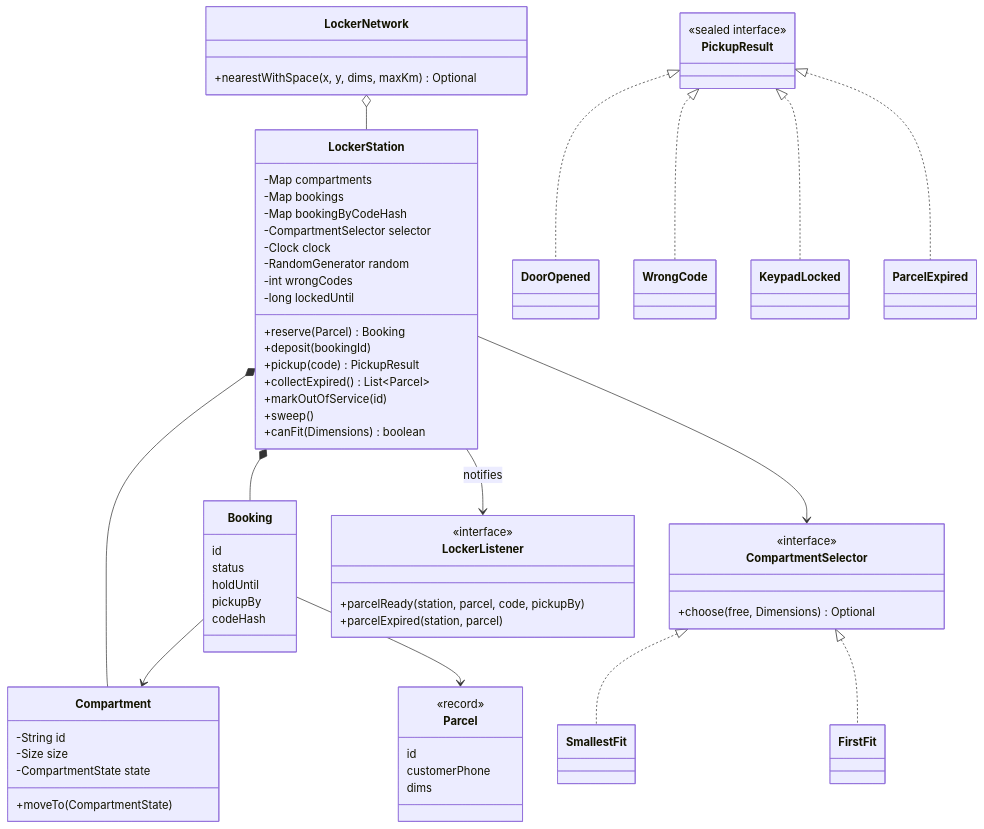
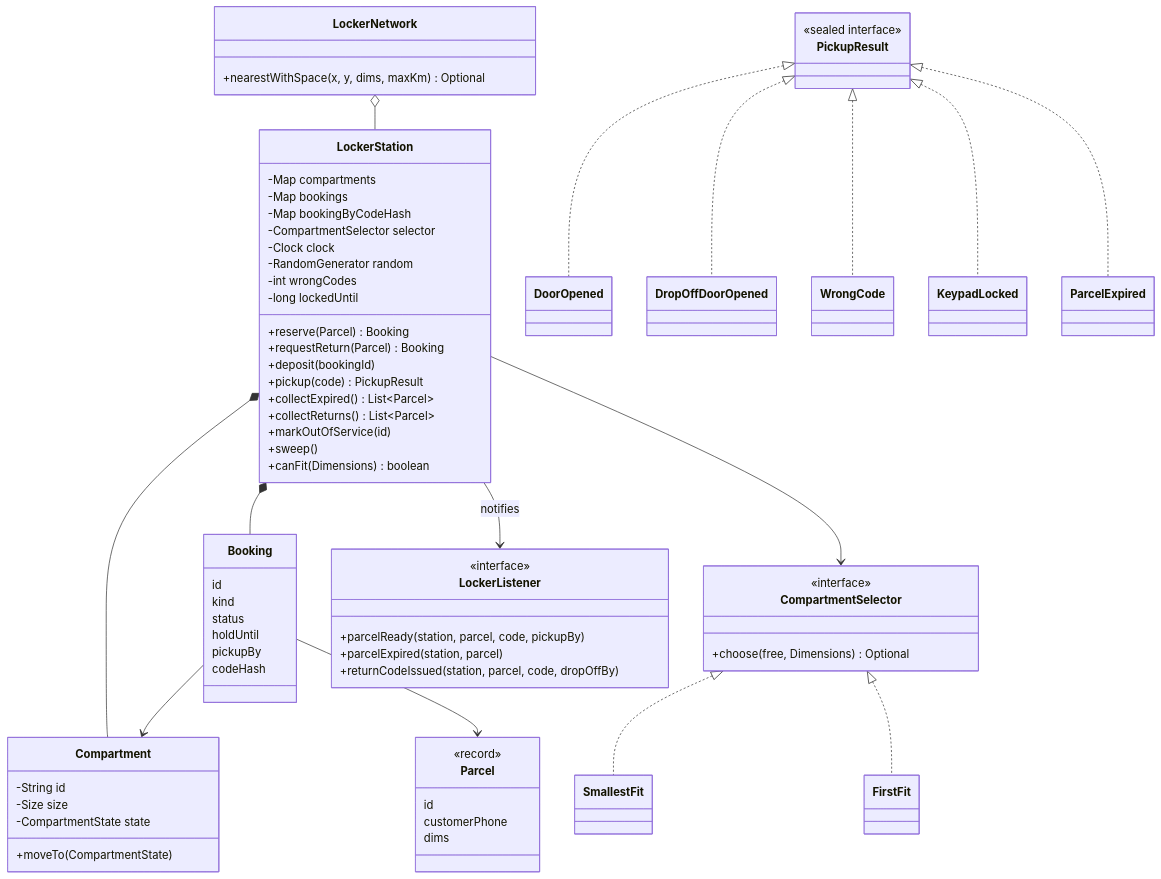
One commit to vsns11/interview_notes changed diagram 24 of 29 in lld/chapters/14-case-everyday-objects/README.md. Above: the diagram before and after it, drawn with Mermaid. The commit also changed other lines of this file and 139 other files, not shown here.

````diff
--- a/lld/chapters/14-case-everyday-objects/README.md
+++ b/lld/chapters/14-case-everyday-objects/README.md
@@ -5137,67 +3270,72 @@
 ```mermaid
 classDiagram
     class LockerStation {
         -Map compartments
         -Map bookings
         -Map bookingByCodeHash
         -CompartmentSelector selector
         -Clock clock
         -RandomGenerator random
         -int wrongCodes
         -long lockedUntil
         +reserve(Parcel) Booking
+        +requestReturn(Parcel) Booking
         +deposit(bookingId)
         +pickup(code) PickupResult
         +collectExpired() List~Parcel~
+        +collectReturns() List~Parcel~
         +markOutOfService(id)
         +sweep()
         +canFit(Dimensions) boolean
     }
     class Compartment {
         -String id
         -Size size
         -CompartmentState state
         +moveTo(CompartmentState)
     }
     class Booking {
         id
+        kind
         status
         holdUntil
         pickupBy
         codeHash
     }
     class Parcel {
         <<record>>
         id
         customerPhone
         dims
     }
     class CompartmentSelector {
         <<interface>>
         +choose(free, Dimensions) Optional
     }
     class LockerListener {
         <<interface>>
         +parcelReady(station, parcel, code, pickupBy)
         +parcelExpired(station, parcel)
+        +returnCodeIssued(station, parcel, code, dropOffBy)
     }
     class PickupResult {
         <<sealed interface>>
     }
     class LockerNetwork {
         +nearestWithSpace(x, y, dims, maxKm) Optional
     }
     LockerNetwork o-- LockerStation
     LockerStation *-- Compartment
     LockerStation *-- Booking
     Booking --> Parcel
     Booking --> Compartment
     LockerStation --> CompartmentSelector
     LockerStation --> LockerListener : notifies
     CompartmentSelector <|.. SmallestFit
     CompartmentSelector <|.. FirstFit
     PickupResult <|.. DoorOpened
+    PickupResult <|.. DropOffDoorOpened
     PickupResult <|.. WrongCode
     PickupResult <|.. KeypadLocked
     PickupResult <|.. ParcelExpired
 ```
````
